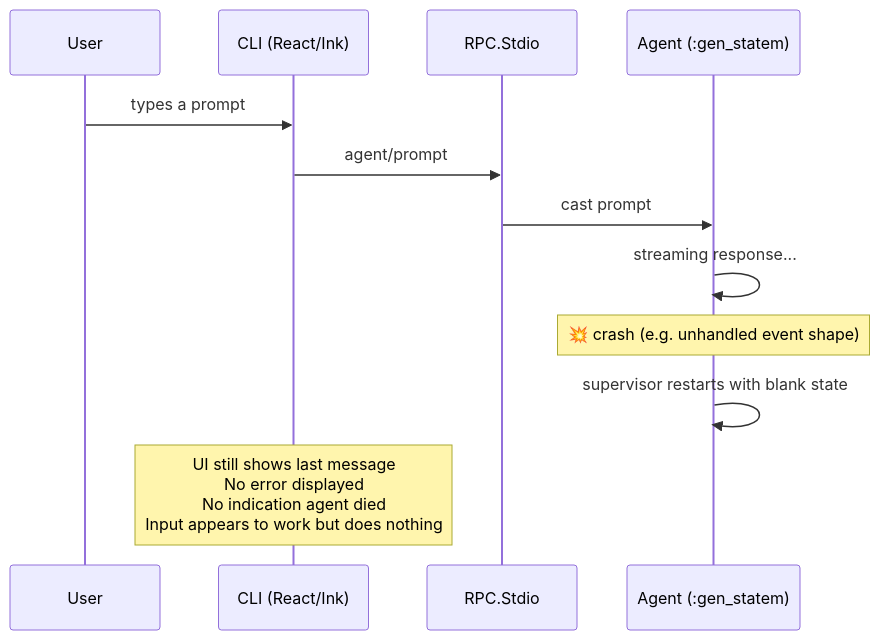
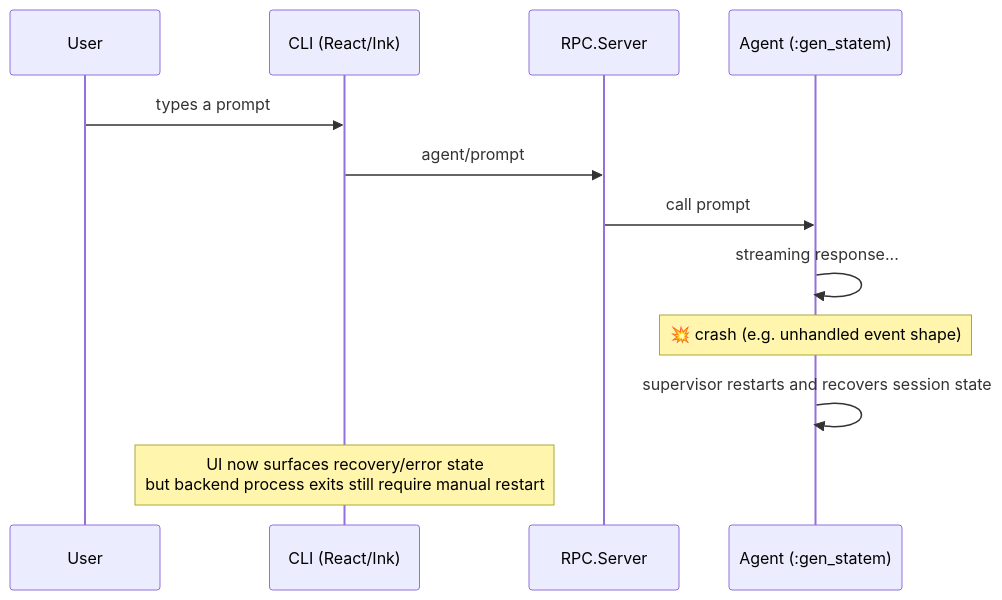
The second of 3 diagrams in docs/resilience.md (matteing/opal), drawn with Mermaid before and after one commit. The commit also changed other lines of this file and 37 other files, not shown here.

````diff
--- a/docs/resilience.md
+++ b/docs/resilience.md
@@ -28,17 +28,17 @@
 ```mermaid
 sequenceDiagram
     participant User
     participant CLI as CLI (React/Ink)
-    participant RPC as RPC.Stdio
+    participant RPC as RPC.Server
     participant Agent as Agent (:gen_statem)
 
     User->>CLI: types a prompt
     CLI->>RPC: agent/prompt
-    RPC->>Agent: cast prompt
+    RPC->>Agent: call prompt
     Agent->>Agent: streaming response...
 
     Note over Agent: 💥 crash (e.g. unhandled event shape)
 
-    Agent->>Agent: supervisor restarts with blank state
-    Note over CLI: UI still shows last message<br/>No error displayed<br/>No indication agent died<br/>Input appears to work but does nothing
+    Agent->>Agent: supervisor restarts and recovers session state
+    Note over CLI: UI now surfaces recovery/error state<br/>but backend process exits still require manual restart
 ```
````
